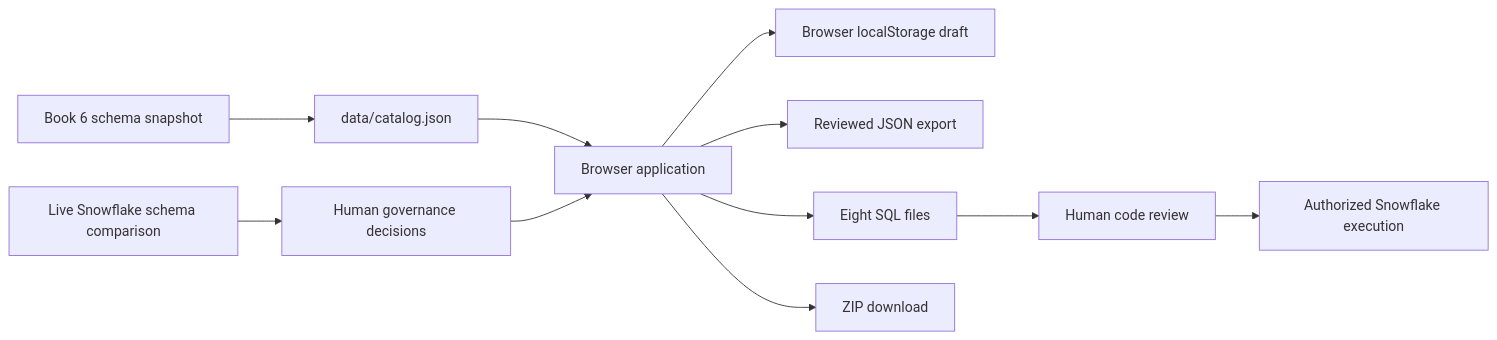
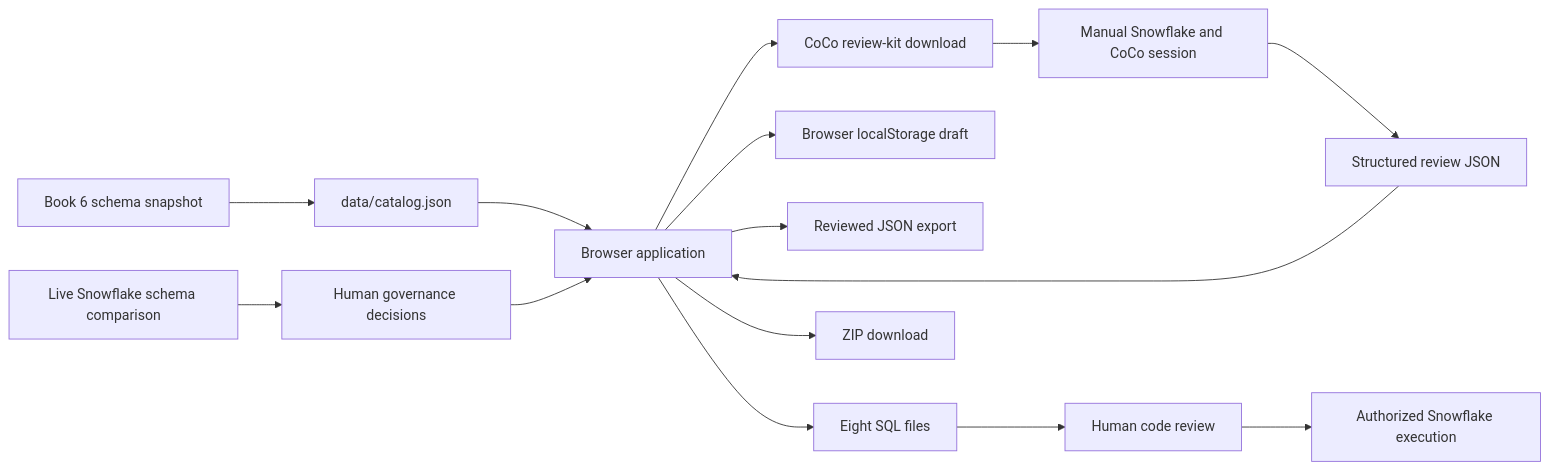
One commit to yuvrajrainamastek/governance-script-studio changed the diagram in docs/ARCHITECTURE_AND_SECURITY.md. Above: the diagram before and after it, drawn with Mermaid. The commit also changed other lines of this file and 12 other files, not shown here.

Commit message:
Add Snowflake CoCo review handoff

````diff
--- a/docs/ARCHITECTURE_AND_SECURITY.md
+++ b/docs/ARCHITECTURE_AND_SECURITY.md
@@ -7,13 +7,17 @@
 ```mermaid
 flowchart LR
     A[Book 6 schema snapshot] --> B[data/catalog.json]
     B --> C[Browser application]
     D[Human governance decisions] --> C
     E[Live Snowflake schema comparison] --> D
+    C --> L[CoCo review-kit download]
+    L --> M[Manual Snowflake and CoCo session]
+    M --> N[Structured review JSON]
+    N --> C
     C --> F[Browser localStorage draft]
     C --> G[Reviewed JSON export]
     C --> H[Eight SQL files]
     C --> I[ZIP download]
     H --> J[Human code review]
     J --> K[Authorized Snowflake execution]
 ```
````
